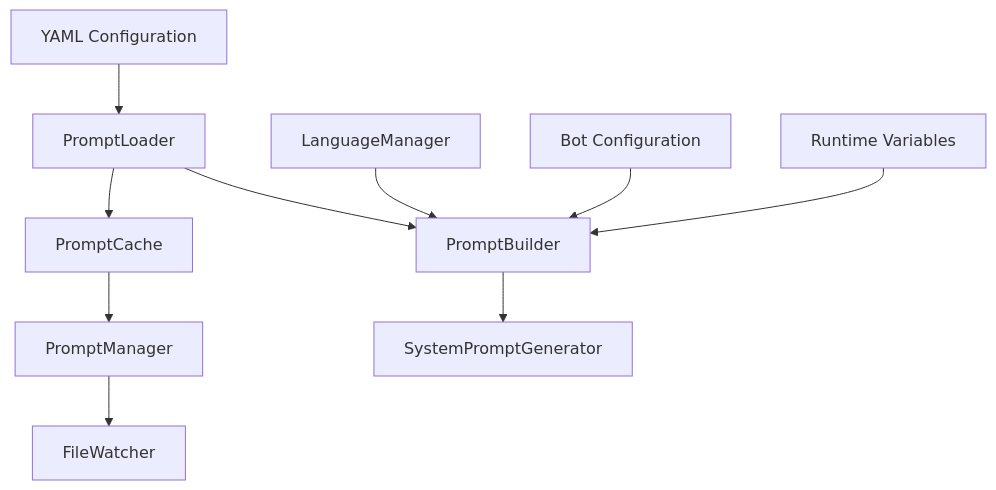
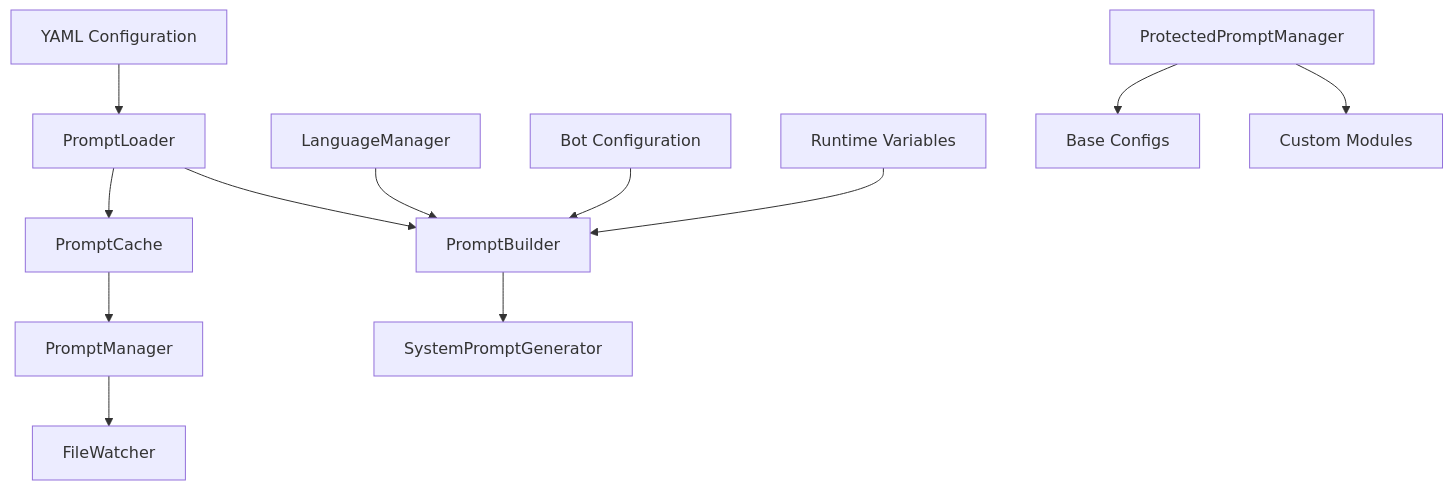
One commit to starpig1129/ai-discord-bot-PigPig changed the diagram in docs/llm/prompting/index.md. Above: the diagram before and after it, drawn with Mermaid. The commit also changed other lines of this file and 8 other files, not shown here.

````diff
--- a/docs/llm/prompting/index.md
+++ b/docs/llm/prompting/index.md
@@ -11,13 +11,16 @@
 ```mermaid
 graph TD
     A[YAML Configuration] --> B[PromptLoader]
     B --> C[PromptCache]
     B --> D[PromptBuilder]
     C --> E[PromptManager]
     D --> F[SystemPromptGenerator]
     E --> G[FileWatcher]
     
     H[LanguageManager] --> D
     I[Bot Configuration] --> D
     J[Runtime Variables] --> D
+    
+    K[ProtectedPromptManager] --> L[Base Configs]
+    K --> M[Custom Modules]
 ```
````
